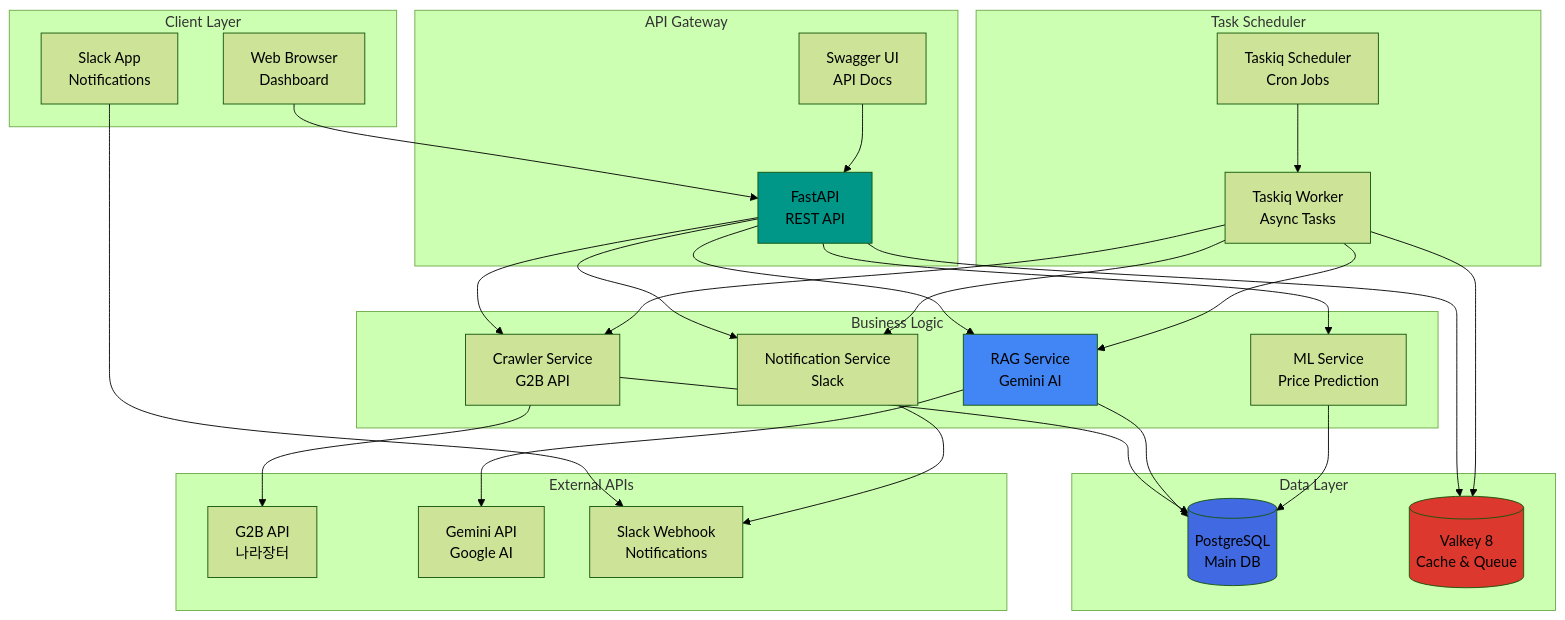
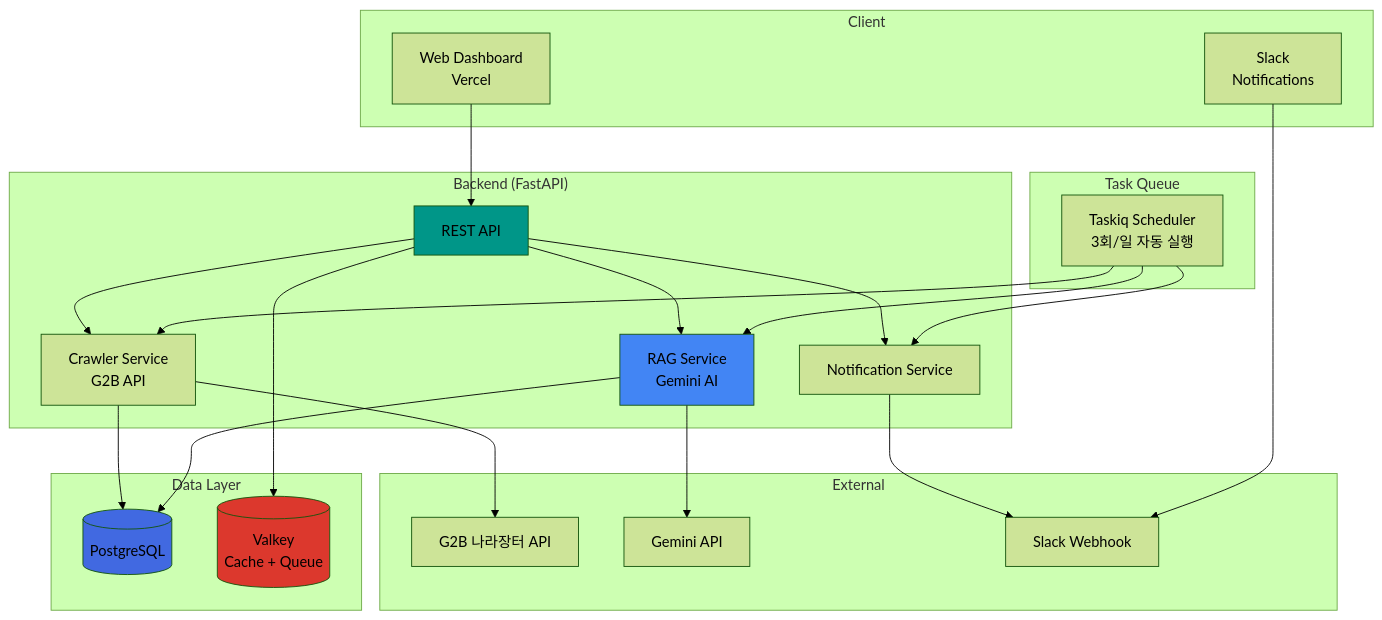
Before and after one commit to doublesilver/biz-retriever: the diagram in README.md, drawn with Mermaid (forest theme). The commit also changed other lines of this file, not shown here.

````diff
--- a/README.md
+++ b/README.md
@@ -214,60 +51,44 @@
 ```mermaid
 graph TB
-    subgraph "Client Layer"
-        A[Web Browser<br/>Dashboard]
-        B[Slack App<br/>Notifications]
+    subgraph Client
+        A[Web Dashboard<br/>Vercel]
+        B[Slack<br/>Notifications]
     end
 
-    subgraph "API Gateway"
-        C[FastAPI<br/>REST API]
-        D[Swagger UI<br/>API Docs]
+    subgraph "Backend (FastAPI)"
+        C[REST API]
+        D[Crawler Service<br/>G2B API]
+        E[RAG Service<br/>Gemini AI]
+        F[Notification Service]
     end
 
-    subgraph "Business Logic"
-        E[Crawler Service<br/>G2B API]
-        F[RAG Service<br/>Gemini AI]
-        G[Notification Service<br/>Slack]
-        H[ML Service<br/>Price Prediction]
-    end
-
-    subgraph "Task Scheduler"
-        I[Taskiq Scheduler<br/>Cron Jobs]
-        J[Taskiq Worker<br/>Async Tasks]
+    subgraph "Task Queue"
+        G[Taskiq Scheduler<br/>3회/일 자동 실행]
     end
 
     subgraph "Data Layer"
-        K[(PostgreSQL<br/>Main DB)]
-        L[(Valkey 8<br/>Cache & Queue)]
+        H[(PostgreSQL)]
+        I[(Valkey<br/>Cache + Queue)]
     end
 
-    subgraph "External APIs"
-        M[G2B API<br/>나라장터]
-        N[Gemini API<br/>Google AI]
-        O[Slack Webhook<br/>Notifications]
+    subgraph "External"
+        J[G2B 나라장터 API]
+        K[Gemini API]
+        L[Slack Webhook]
     end
 
     A --> C
-    B --> O
-    C --> E
-    C --> F
-    C --> G
-    C --> H
-    D --> C
-    E --> M
-    F --> N
-    G --> O
-    I --> J
-    J --> E
-    J --> F
-    J --> G
+    C --> D & E & F
+    G --> D & E & F
+    D --> J
     E --> K
-    F --> K
-    H --> K
-    C --> L
-    J --> L
+    F --> L
+    D & E --> H
+    C --> I
+    B --> L
 
     style C fill:#009688
-    style F fill:#4285F4
-    style K fill:#4169E1
-    style L fill:#DC382D
+    style E fill:#4285F4
+    style H fill:#4169E1
+    style I fill:#DC382D
 ```
````
